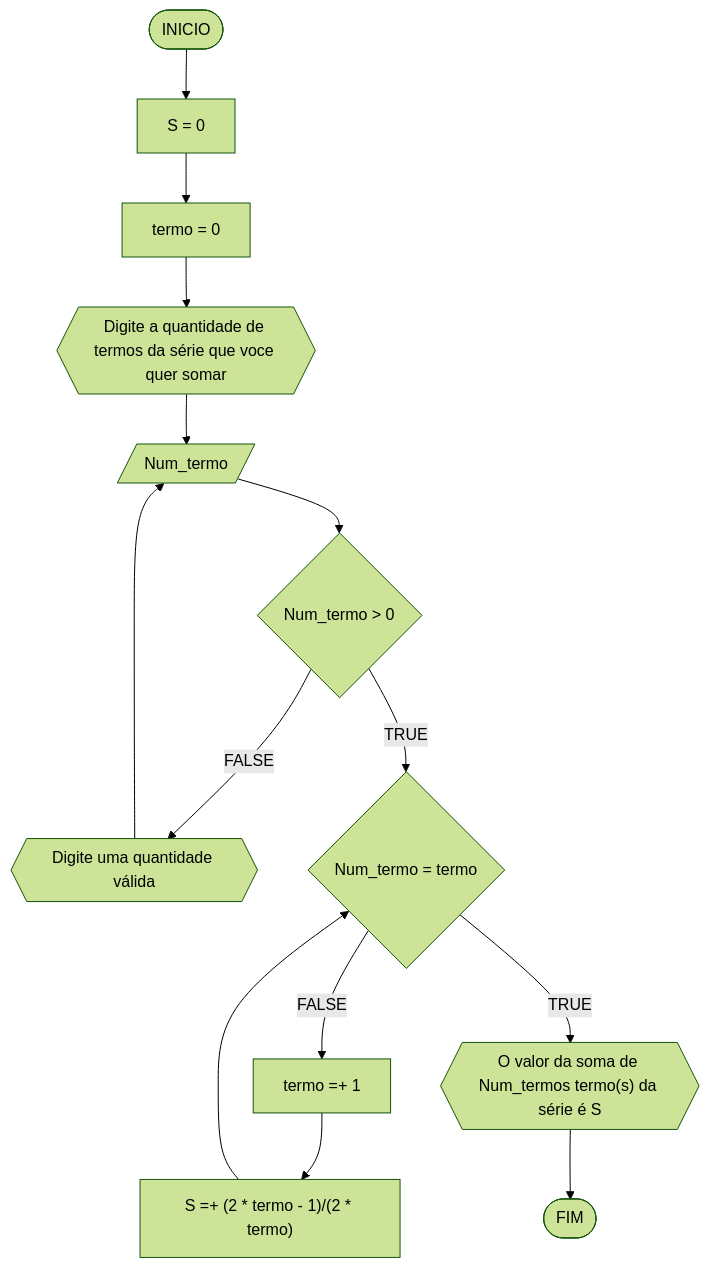
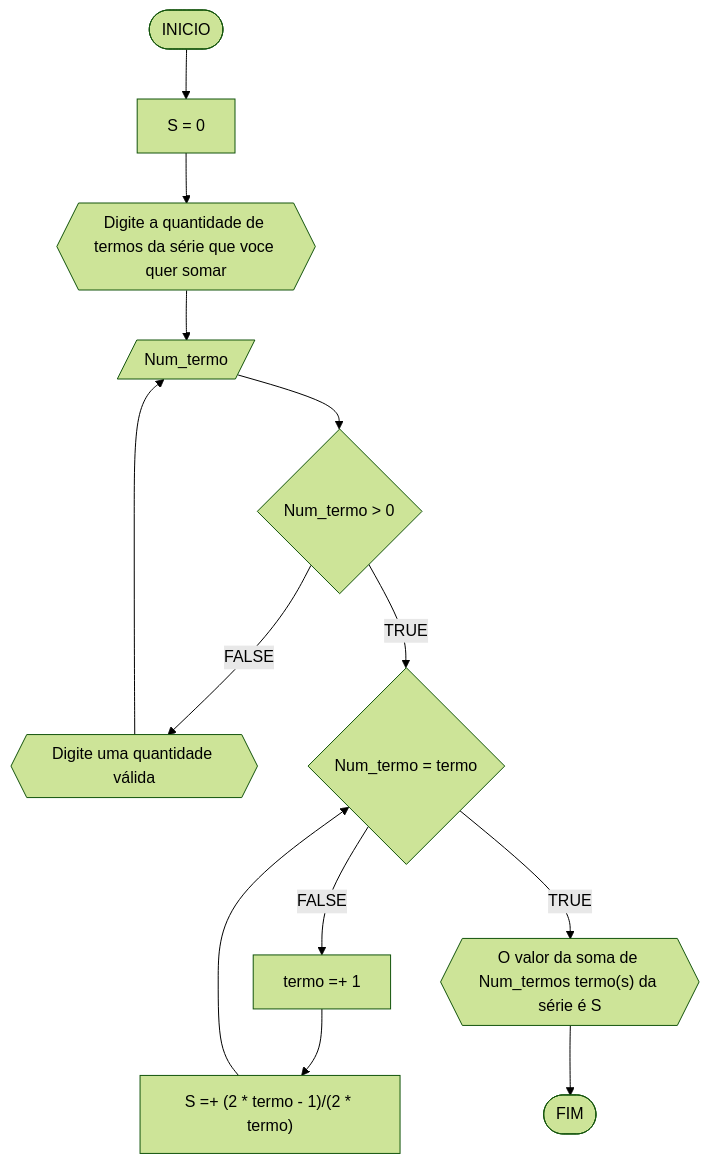
Before and after one commit to Px1906/unifor: the fourth of 7 diagrams in RLA/AD1.md, drawn with Mermaid (forest theme). The commit also changed other lines of this file, not shown here.

````diff
--- a/RLA/AD1.md
+++ b/RLA/AD1.md
@@ -267,16 +266,15 @@
 ```mermaid
 flowchart TD
 A([INICIO]) --> B[S = 0]
-B --> C[termo = 0]
-C --> D{{Digite a quantidade de termos da série que voce quer somar}}
+B --> D{{Digite a quantidade de termos da série que voce quer somar}}
 D --> E[/Num_termo/]
 E --> F{Num_termo > 0}
 F --FALSE--> G{{Digite uma quantidade válida}}
 G --> E
 F --TRUE--> H{Num_termo = termo}
 H --FALSE--> I[termo =+ 1]
 I --> J["S =+ (2 * termo - 1)/(2 * termo)"]
 J --> H
 H --TRUE--> K{{"O valor da soma de Num_termos termo(s) da série é S"}}
 K --> L([FIM])
 ```
````
